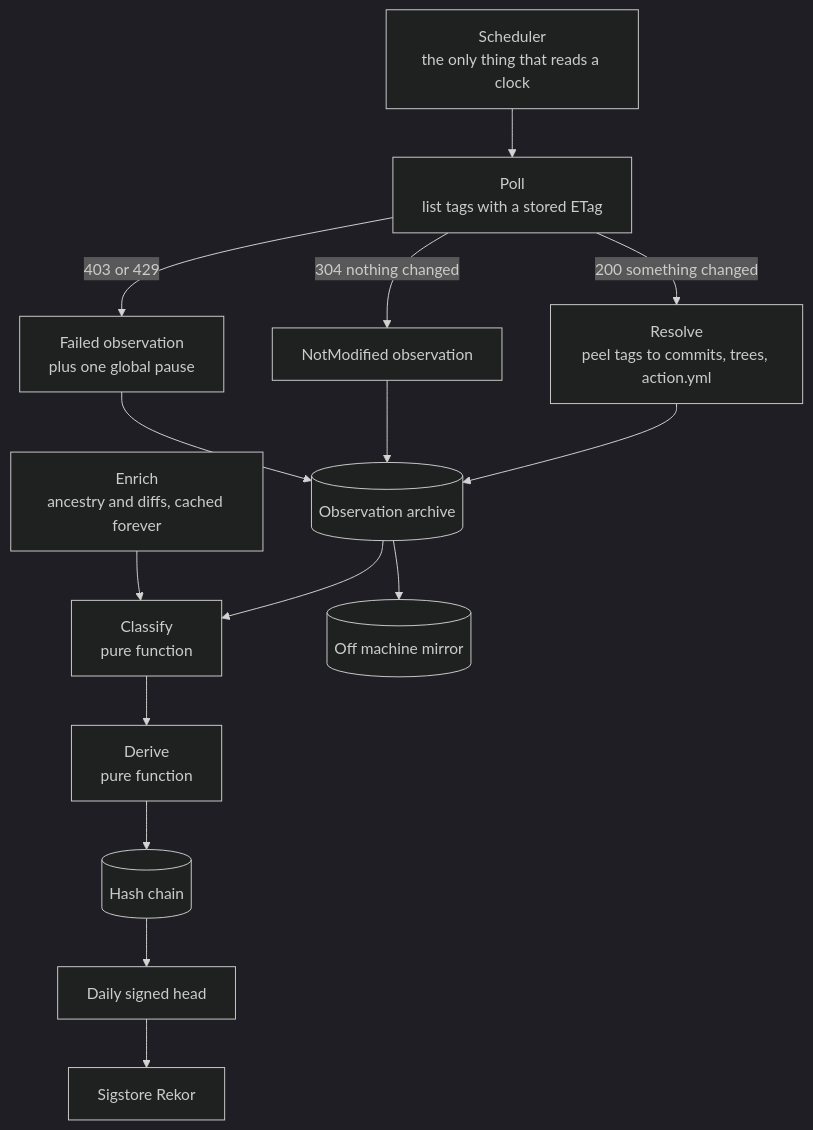
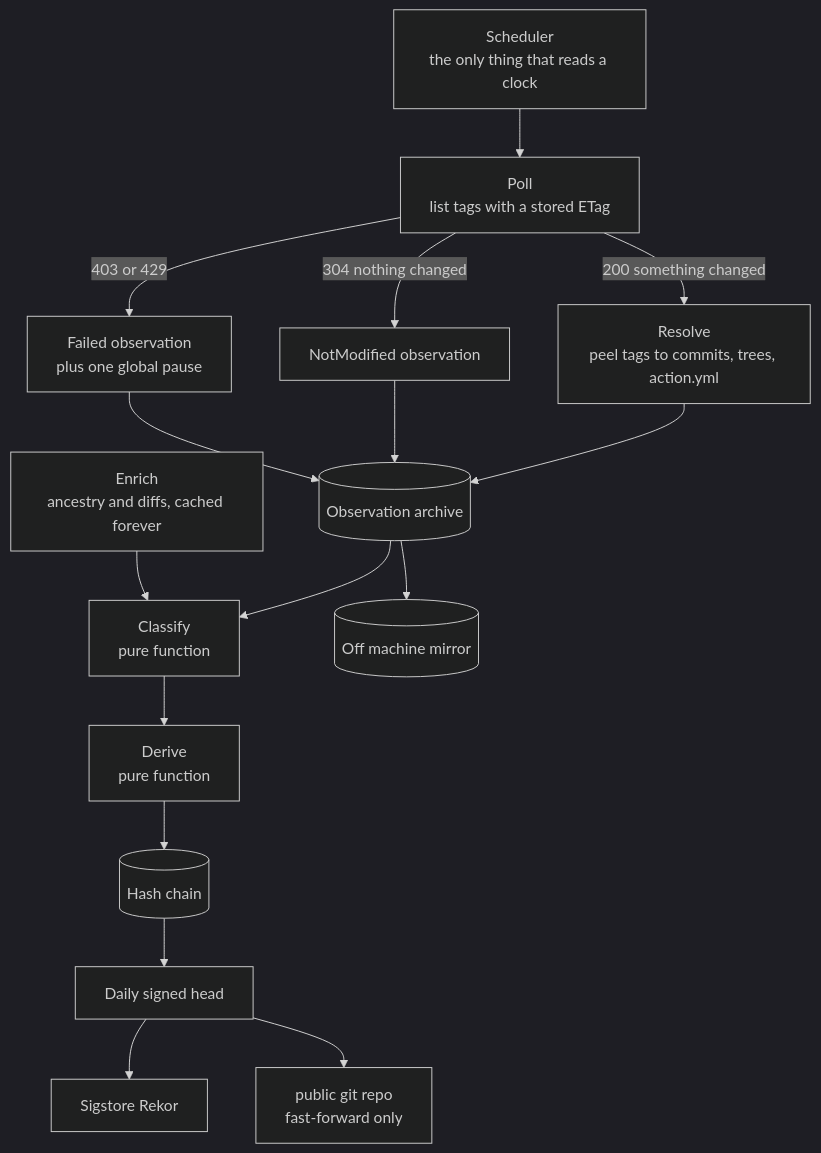
Before and after one commit to GautamTalksDev/refledger: the first of 6 diagrams in docs/HOW-IT-WORKS.md, drawn with Mermaid (dark theme). The commit also changed other lines of this file and 12 other files, not shown here.

First line of the commit message:
Publish sealed days to git and score only detectable canary moves.

````diff
--- a/docs/HOW-IT-WORKS.md
+++ b/docs/HOW-IT-WORKS.md
@@ -5,17 +5,18 @@
 ```mermaid
 flowchart TD
     S["Scheduler<br/>the only thing that reads a clock"] --> P["Poll<br/>list tags with a stored ETag"]
     P -->|"304 nothing changed"| NM["NotModified observation"]
     P -->|"200 something changed"| R["Resolve<br/>peel tags to commits, trees, action.yml"]
     P -->|"403 or 429"| F["Failed observation<br/>plus one global pause"]
     R --> O[("Observation archive")]
     NM --> O
     F --> O
     O --> C["Classify<br/>pure function"]
     E["Enrich<br/>ancestry and diffs, cached forever"] --> C
     C --> D["Derive<br/>pure function"]
     D --> L[("Hash chain")]
     L --> H["Daily signed head"]
     H --> K["Sigstore Rekor"]
+    H --> G["public git repo<br/>fast-forward only"]
     O --> M[("Off machine mirror")]
 ```
````
